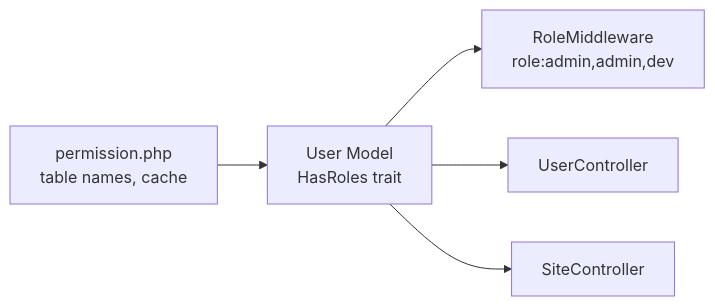
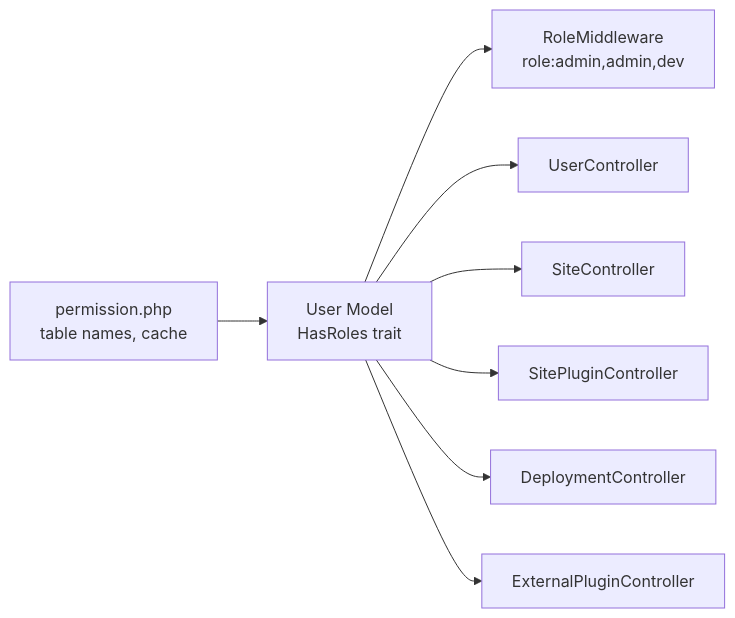
One commit to FCS-WP/website_portal changed the ninth of 10 diagrams in .qoder/repowiki/en/content/Site Management System/Site User Management.md. Above: the diagram before and after it, drawn with Mermaid. The commit also changed other lines of this file and 30 other files, not shown here.

````diff
--- a/.qoder/repowiki/en/content/Site Management System/Site User Management.md
+++ b/.qoder/repowiki/en/content/Site Management System/Site User Management.md
@@ -337,7 +444,10 @@
 ```mermaid
 graph LR
 User["User Model<br/>HasRoles trait"] --> RoleMiddleware["RoleMiddleware<br/>role:admin,admin,dev"]
 User --> UserController["UserController"]
 User --> SiteController["SiteController"]
+User --> SitePluginController["SitePluginController"]
+User --> DeploymentController["DeploymentController"]
+User --> ExternalPluginController["ExternalPluginController"]
 CFG["permission.php<br/>table names, cache"] --> User
 ```
````
